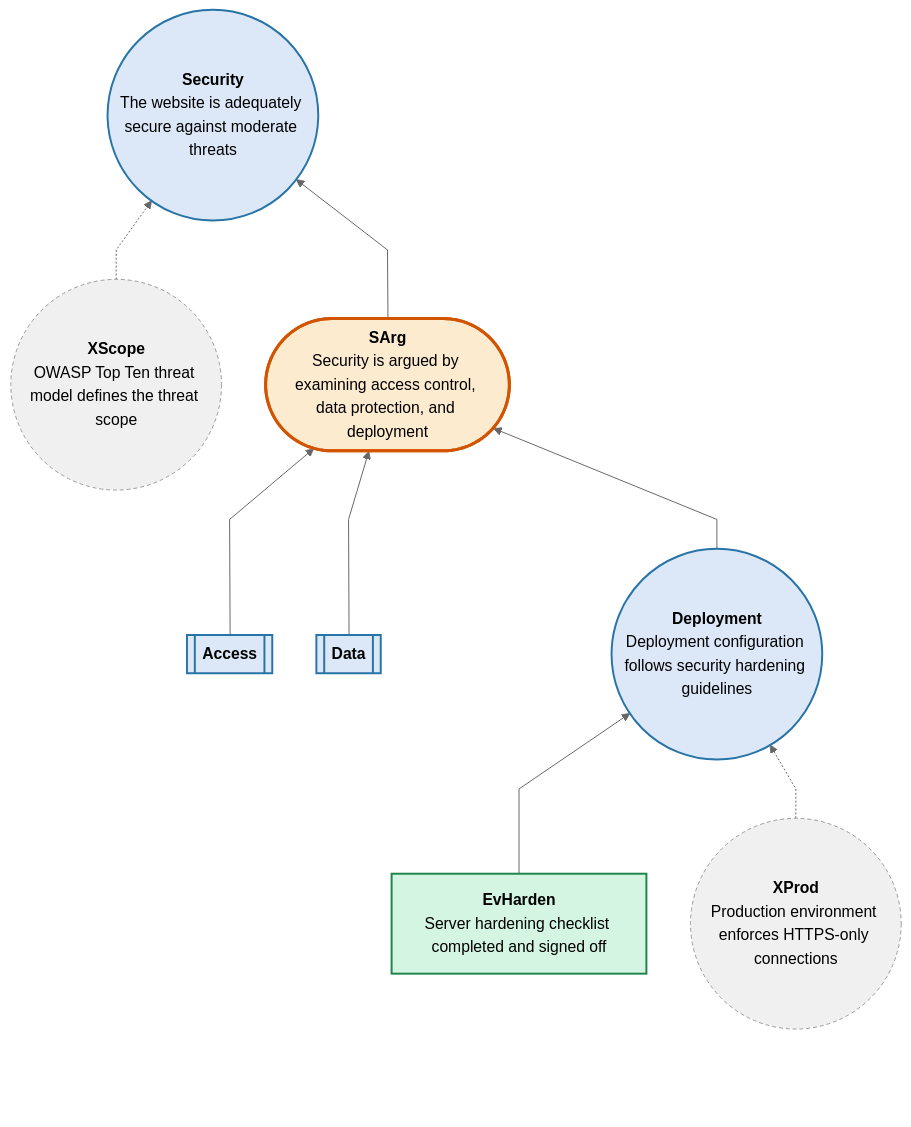
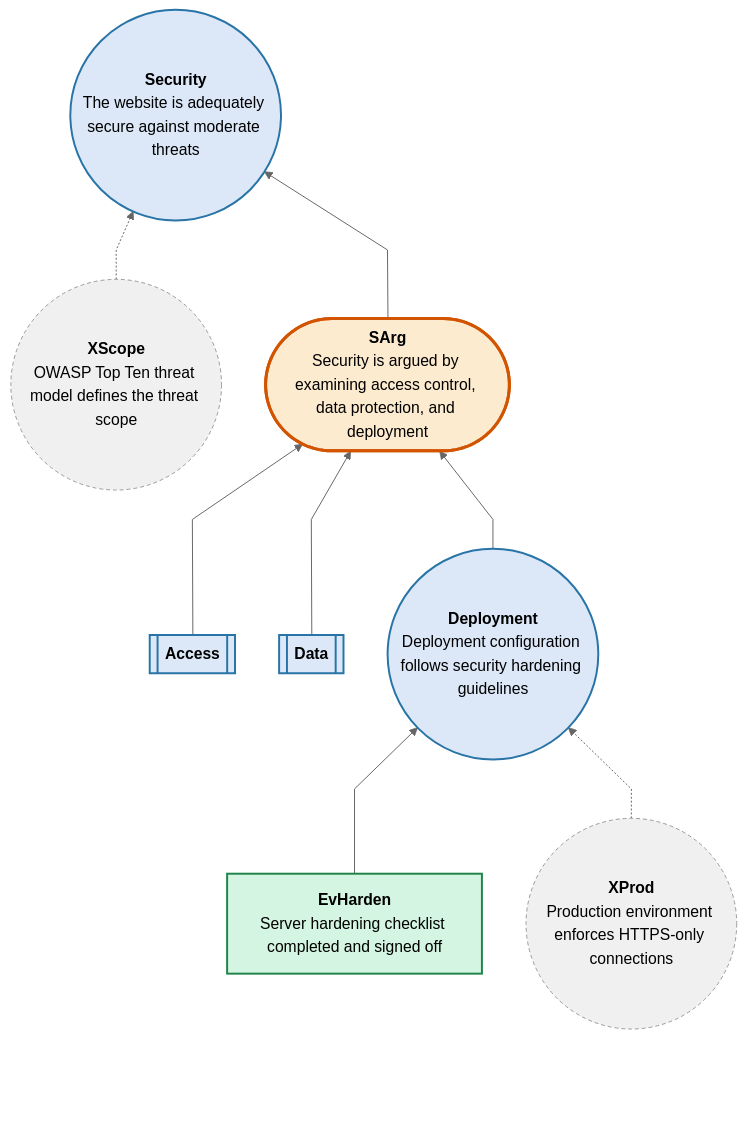
Before and after one commit to david-a-wheeler/verocase: the seventh of 9 diagrams in tests/fixtures/demo-output.expected.md, drawn with Mermaid. The commit also changed other lines of this file and 1 other file, not shown here.

First line of the commit message:
Fix two CAE rendering bugs: parse error and BottomPadding placement

````diff
--- a/tests/fixtures/demo-output.expected.md
+++ b/tests/fixtures/demo-output.expected.md
@@ -407,52 +407,49 @@
 ```mermaid
 ---
 config:
   theme: neutral
   flowchart:
     curve: linear
     htmlLabels: true
     rankSpacing: 60
     nodeSpacing: 45
     padding: 15
 ---
 flowchart BT
     classDef invisible        opacity:0
     classDef connector        fill:none,stroke:#cccccc,stroke-width:1px
     classDef caeClaimClass    fill:#dce8f8,stroke:#2874a6,stroke-width:2px,color:#000
     classDef caeArgClass      fill:#fdebd0,stroke:#d35400,stroke-width:3px,color:#000
     classDef caeEvidClass     fill:#d5f5e3,stroke:#1e8449,stroke-width:2px,color:#000
     classDef caeInfoClass     fill:#f0f0f0,stroke:#999999,stroke-width:1px,stroke-dasharray:4 3,color:#000
     classDef caeAssumedClass  fill:#e8daef,stroke:#76448a,stroke-width:2px,stroke-dasharray:4 3,color:#000
     classDef caeSideClass     fill:#d6eaf8,stroke:#1a5276,stroke-width:2px,color:#000
     classDef caeDefeaterClass fill:#fadbd8,stroke:#c0392b,stroke-width:4px,color:#000
     classDef abstractClaim    stroke-width:2px,stroke-dasharray:5 5
     Security(("<b>Security</b><br>The website is adequately secure against moderate threats")):::caeClaimClass
     XScope(("<b>XScope</b><br>OWASP Top Ten threat model defines the threat scope")):::caeInfoClass
     SArg(["<b>SArg</b><br>Security is argued by examining access control, data protection, and deployment"]):::caeArgClass
     Access[["<b>Access</b>"]]:::caeClaimClass
     Data[["<b>Data</b>"]]:::caeClaimClass
     Deployment(("<b>Deployment</b><br>Deployment configuration follows security hardening guidelines")):::caeClaimClass
     EvHarden["<b>EvHarden</b><br>Server hardening checklist completed and signed off"]:::caeEvidClass
     XProd(("<b>XProd</b><br>Production environment enforces HTTPS-only connections")):::caeInfoClass
     click Security "https://github.com/david-a-wheeler/verocase/blob/main/tests/fixtures/demo-output.expected.md#claim-security"
     click XScope "https://github.com/david-a-wheeler/verocase/blob/main/tests/fixtures/demo-output.expected.md#context-xscope"
     click SArg "https://github.com/david-a-wheeler/verocase/blob/main/tests/fixtures/demo-output.expected.md#strategy-sarg"
     click Access "https://github.com/david-a-wheeler/verocase/blob/main/tests/fixtures/demo-output.expected.md#package-access"
     click Data "https://github.com/david-a-wheeler/verocase/blob/main/tests/fixtures/demo-output.expected.md#package-data"
     click Deployment "https://github.com/david-a-wheeler/verocase/blob/main/tests/fixtures/demo-output.expected.md#claim-deployment"
     click EvHarden "https://github.com/david-a-wheeler/verocase/blob/main/tests/fixtures/demo-output.expected.md#evidence-evharden"
     click XProd "https://github.com/david-a-wheeler/verocase/blob/main/tests/fixtures/demo-output.expected.md#context-xprod"
 
-    BottomPadding[ ]:::invisible ~~~ XScope
-    BottomPadding ~~~ Access
-    BottomPadding ~~~ Data
-    BottomPadding ~~~ EvHarden
+    BottomPadding[ ]:::invisible ~~~ EvHarden
     BottomPadding ~~~ XProd
     XScope -.-> Security
     Access --> SArg
     Data --> SArg
     EvHarden --> Deployment
     XProd -.-> Deployment
     Deployment --> SArg
     SArg --> Security
 ```
````
